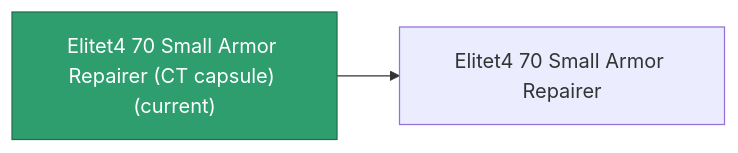
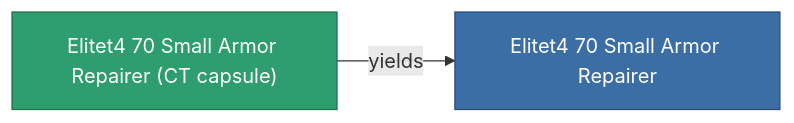
The diagram in content/content/items/elitet4_70_small_armor_repairer_CT_capsule.md (OpenPerpetuum/Wiki), drawn with Mermaid before and after one commit. The commit also changed other lines of this file and 2015 other files, not shown here.

````diff
--- a/content/content/items/elitet4_70_small_armor_repairer_CT_capsule.md
+++ b/content/content/items/elitet4_70_small_armor_repairer_CT_capsule.md
@@ -33,8 +33,9 @@
 ```mermaid
 graph LR
-    a["Elitet4 70 Small Armor Repairer (CT capsule) (current)"]:::current
-    b["Elitet4 70 Small Armor Repairer"]
-    a --> b
-    click b "/content/items/elitet4-70-small-armor-repairer/" "Elitet4 70 Small Armor Repairer"
+    a["Elitet4 70 Small Armor Repairer (CT capsule)"]:::current
+    b["Elitet4 70 Small Armor Repairer"]:::finished
+    a -->|yields| b
+                click b "/content/items/elitet4-70-small-armor-repairer/" "Elitet4 70 Small Armor Repairer"
     classDef current fill:#2f9e6f,stroke:#1f6f4a,color:#ffffff
+    classDef finished fill:#3b6ea5,stroke:#274a75,color:#ffffff
 ```
````
